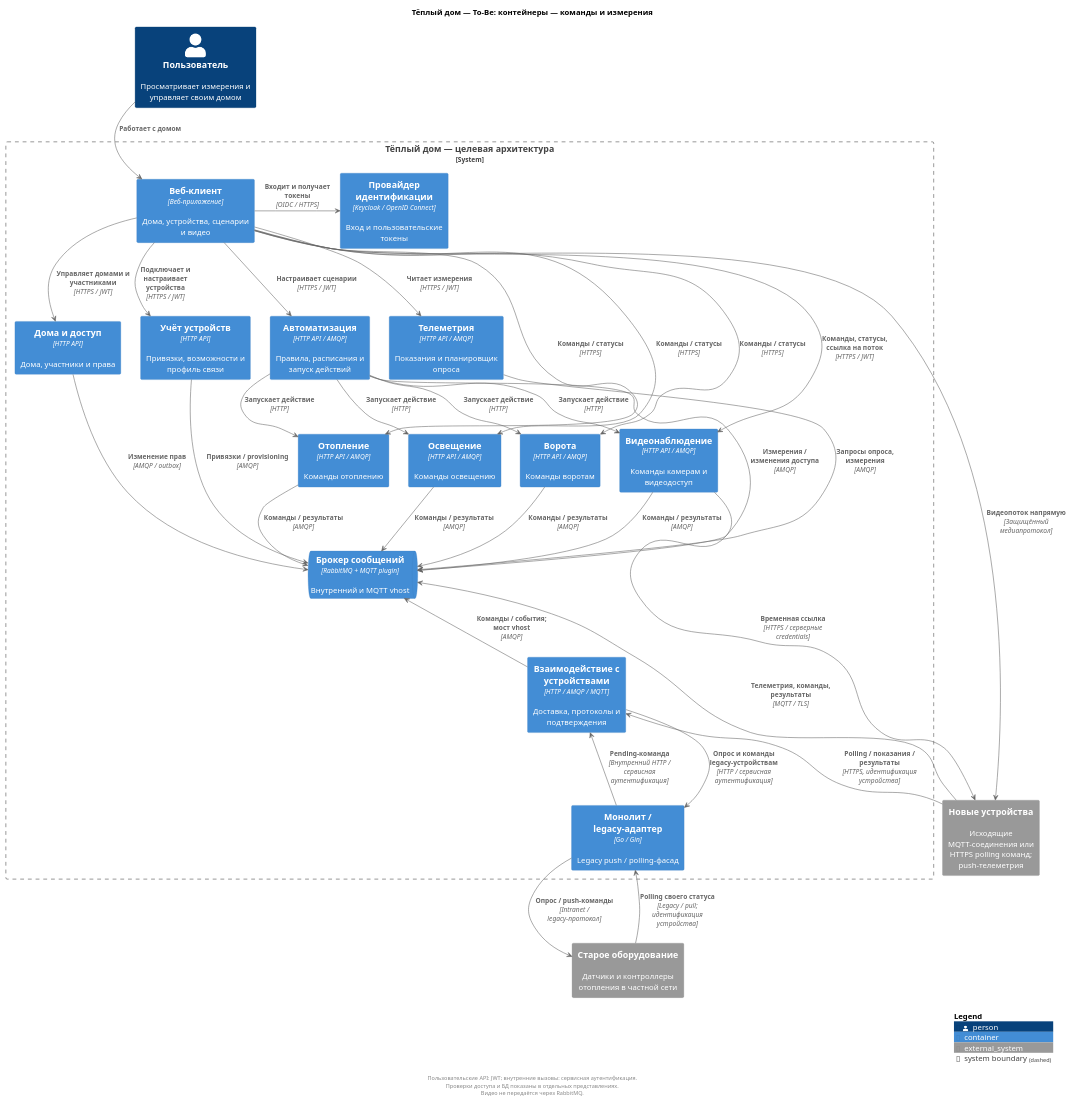
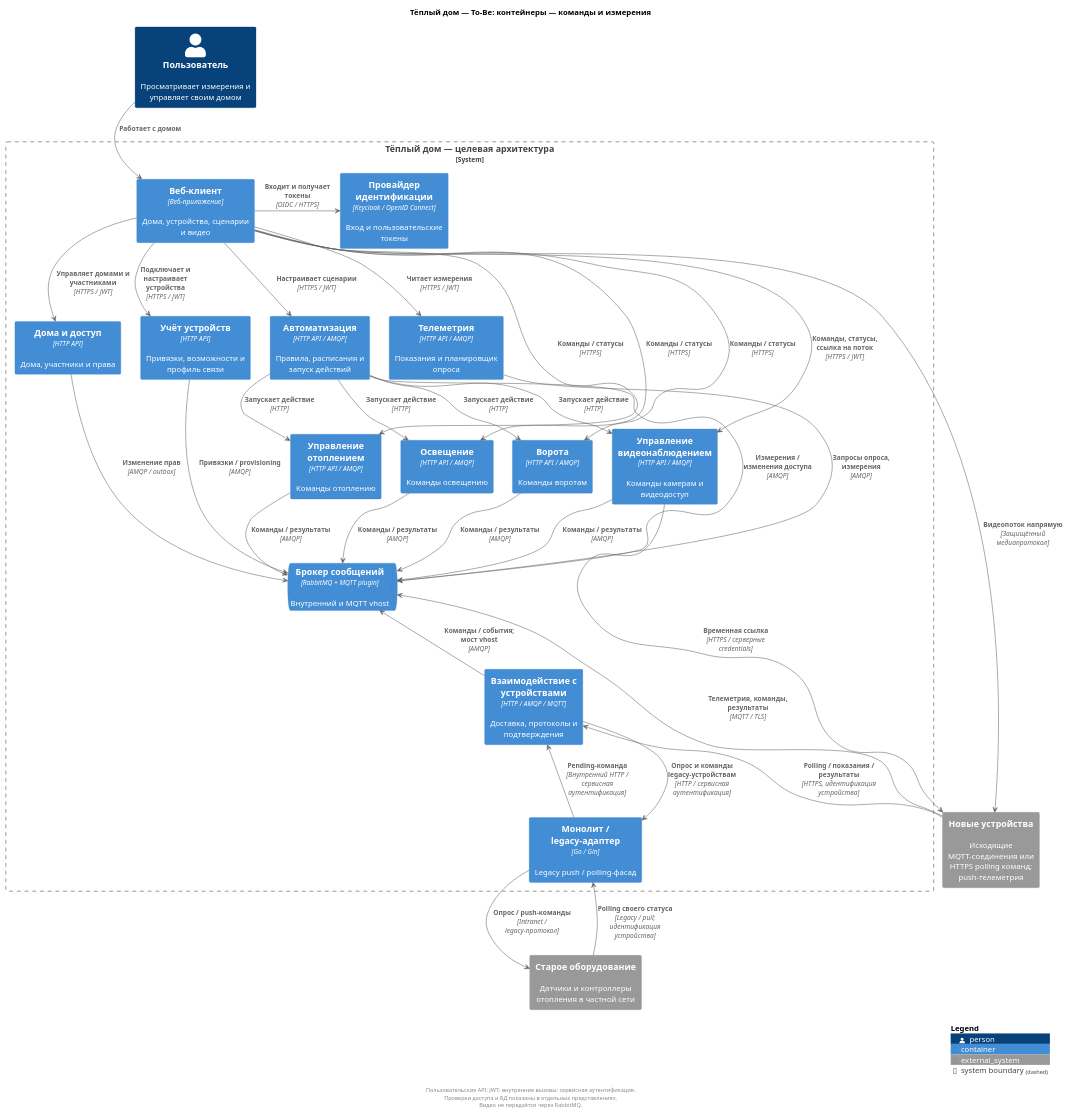
The diagram in diagrams/to-be-containers.puml (AndyMcFishka/architecture-pro-warmhouse), drawn with PlantUML before and after one commit. The commit also changed 11 other files, not shown here.

```diff
--- a/diagrams/to-be-containers.puml
+++ b/diagrams/to-be-containers.puml
@@ -1,90 +1,90 @@
 @startuml
 !include <C4/C4_Container>
 
 title Тёплый дом — To-Be: контейнеры — команды и измерения
 LAYOUT_TOP_DOWN()
 skinparam nodesep 35
 skinparam ranksep 55
 
 Person(user, "Пользователь", "Просматривает измерения и управляет своим домом")
 System_Ext(legacy, "Старое оборудование", "Датчики и контроллеры отопления в частной сети")
 System_Ext(modern, "Новые устройства", "Исходящие MQTT-соединения или HTTPS polling команд; push-телеметрия")
 
 System_Boundary(platform, "Тёплый дом — целевая архитектура") {
   Container(web, "Веб-клиент", "Веб-приложение", "Дома, устройства, сценарии и видео")
   Container(access, "Дома и доступ", "HTTP API", "Дома, участники и права")
   Container(registry, "Учёт устройств", "HTTP API", "Привязки, возможности и профиль связи")
   Container(identity, "Провайдер идентификации", "Keycloak / OpenID Connect", "Вход и пользовательские токены")
   Container(automation, "Автоматизация", "HTTP API / AMQP", "Правила, расписания и запуск действий")
   Container(telemetry, "Телеметрия", "HTTP API / AMQP", "Показания и планировщик опроса")
   Container(monolith, "Монолит / legacy-адаптер", "Go / Gin", "Legacy push / polling-фасад")
   Container(transport, "Взаимодействие с устройствами", "HTTP / AMQP / MQTT", "Доставка, протоколы и подтверждения")
-  Container(heating, "Отопление", "HTTP API / AMQP", "Команды отоплению")
+  Container(heating, "Управление отоплением", "HTTP API / AMQP", "Команды отоплению")
   Container(lighting, "Освещение", "HTTP API / AMQP", "Команды освещению")
   Container(gates, "Ворота", "HTTP API / AMQP", "Команды воротам")
-  Container(video, "Видеонаблюдение", "HTTP API / AMQP", "Команды камерам и видеодоступ")
+  Container(video, "Управление видеонаблюдением", "HTTP API / AMQP", "Команды камерам и видеодоступ")
   ContainerQueue(broker, "Брокер сообщений", "RabbitMQ + MQTT plugin", "Внутренний и MQTT vhost")
 }
 
 Rel_(user, web, "Работает с домом", "", "-[norank]->")
 Rel_(web, identity, "Входит и получает токены", "OIDC / HTTPS", "-[norank]->")
 Rel_(telemetry, broker, "Запросы опроса, измерения", "AMQP", "-[norank]->")
 Rel_(transport, broker, "Команды / события; мост vhost", "AMQP", "-[norank]->")
 Rel_(modern, broker, "Телеметрия, команды, результаты", "MQTT / TLS", "-[norank]->")
 Rel_(modern, transport, "Polling / показания / результаты", "HTTPS, идентификация устройства", "-[norank]->")
 
 
 Rel_(web, heating, "Команды / статусы", "HTTPS", "-[norank]->")
 Rel_(web, lighting, "Команды / статусы", "HTTPS", "-[norank]->")
 Rel_(web, gates, "Команды / статусы", "HTTPS", "-[norank]->")
 Rel_(heating, broker, "Команды / результаты", "AMQP", "-[norank]->")
 Rel_(lighting, broker, "Команды / результаты", "AMQP", "-[norank]->")
 Rel_(gates, broker, "Команды / результаты", "AMQP", "-[norank]->")
 Rel_(web, video, "Команды, статусы, ссылка на поток", "HTTPS / JWT", "-[norank]->")
 
 footer
   Пользовательские API: JWT; внутренние вызовы: сервисная аутентификация.
   Проверки доступа и БД показаны в отдельных представлениях.
   Видео не передаётся через RabbitMQ.
 end footer
 
 
 Rel_(transport, monolith, "Опрос и команды legacy-устройствам", "HTTP / сервисная аутентификация", "-[norank]->")
 Rel_(monolith, legacy, "Опрос / push-команды", "Intranet / legacy-протокол", "-[norank]->")
 
 Rel_(web, registry, "Подключает и настраивает устройства", "HTTPS / JWT", "-[norank]->")
 Rel_(web, access, "Управляет домами и участниками", "HTTPS / JWT", "-[norank]->")
 Rel_(web, telemetry, "Читает измерения", "HTTPS / JWT", "-[norank]->")
 Rel_(web, automation, "Настраивает сценарии", "HTTPS / JWT", "-[norank]->")
 Rel_(automation, broker, "Измерения / изменения доступа", "AMQP", "-[norank]->")
 Rel_(automation, heating, "Запускает действие", "HTTP", "-[norank]->")
 Rel_(automation, lighting, "Запускает действие", "HTTP", "-[norank]->")
 Rel_(automation, gates, "Запускает действие", "HTTP", "-[norank]->")
 
 
 Rel_(registry, broker, "Привязки / provisioning", "AMQP", "-[norank]->")
 Rel_(access, broker, "Изменение прав", "AMQP / outbox", "-[norank]->")
 Rel_(web, modern, "Видеопоток напрямую", "Защищённый медиапротокол", "-[norank]->")
 Rel_(legacy, monolith, "Polling своего статуса", "Legacy / pull; идентификация устройства", "-[norank]->")
 Rel_(monolith, transport, "Pending-команда", "Внутренний HTTP / сервисная аутентификация", "-[norank]->")
 Rel_(video, modern, "Временная ссылка", "HTTPS / серверные credentials", "-[norank]->")
 Rel_(video, broker, "Команды / результаты", "AMQP", "-[norank]->")
 Rel_(automation, video, "Запускает действие", "HTTP", "-[norank]->")
 ' Layout only: peers in a single row, no new dependencies.
 Lay_D(user, web)
 Lay_R(web, identity)
 Lay_D(web, registry)
 Lay_R(access, registry)
 Lay_R(registry, automation)
 Lay_R(automation, telemetry)
 Lay_D(automation, heating)
 Lay_R(heating, lighting)
 Lay_R(lighting, gates)
 Lay_R(gates, video)
 Lay_D(heating, broker)
 Lay_D(broker, transport)
 Lay_D(transport, monolith)
 Lay_R(monolith, modern)
 Lay_D(monolith, legacy)
 SHOW_LEGEND()
 @enduml
```
